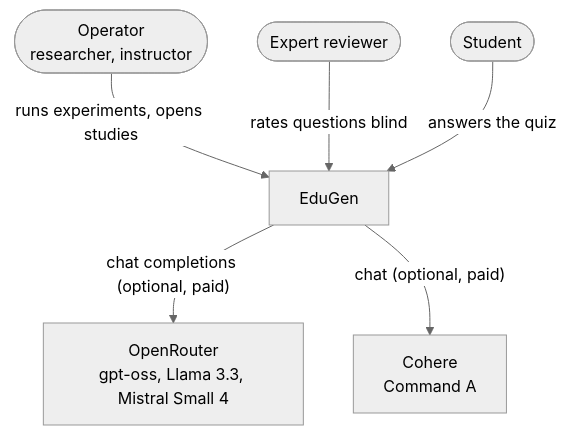
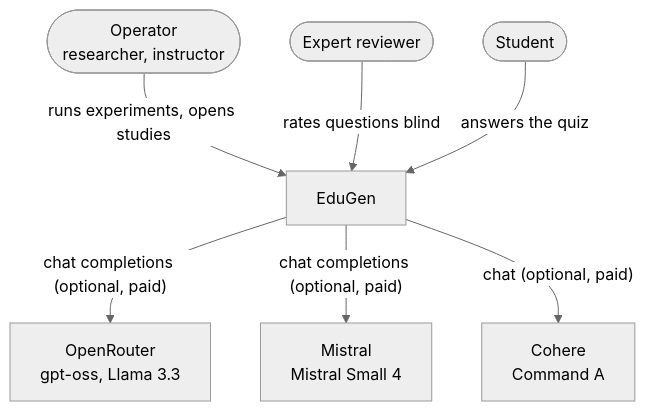
The first of 3 diagrams in project/docs/02-architecture.md (chaad404/edugen-microservices), drawn with Mermaid (neutral theme) before and after one commit. The commit also changed 9 other files, not shown here.

First line of the commit message:
Generator: call Mistral Small 4 through Mistral's own API

````diff
--- a/project/docs/02-architecture.md
+++ b/project/docs/02-architecture.md
@@ -5,15 +5,17 @@
 ```mermaid
 flowchart TB
     operator([Operator<br/>researcher, instructor])
     expert([Expert reviewer])
     student([Student])
     edugen[EduGen]
-    openrouter[OpenRouter<br/>gpt-oss, Llama 3.3, Mistral Small 4]
+    openrouter[OpenRouter<br/>gpt-oss, Llama 3.3]
+    mistral[Mistral<br/>Mistral Small 4]
     cohere[Cohere<br/>Command A]
 
     operator -- "runs experiments, opens studies" --> edugen
     expert -- "rates questions blind" --> edugen
     student -- "answers the quiz" --> edugen
     edugen -- "chat completions (optional, paid)" --> openrouter
+    edugen -- "chat completions (optional, paid)" --> mistral
     edugen -- "chat (optional, paid)" --> cohere
 ```
````
